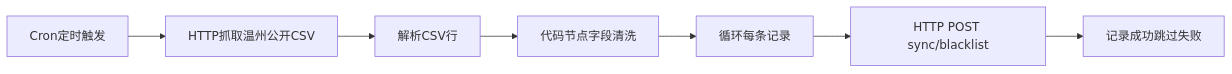
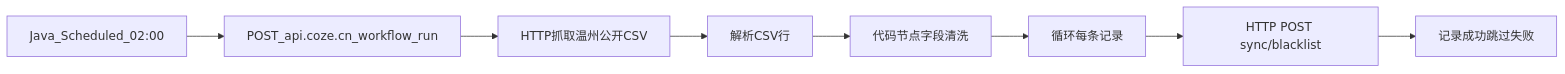
Before and after one commit to LearntobeMyself/RiskLendPro: the diagram in 参考文件/csv数据来源和数据库表设计.md, drawn with Mermaid. The commit also changed other lines of this file and 65 other files, not shown here.

````diff
--- a/参考文件/csv数据来源和数据库表设计.md
+++ b/参考文件/csv数据来源和数据库表设计.md
@@ -270,9 +270,10 @@
 ```mermaid
 flowchart LR
-    cron[Cron定时触发] --> fetch[HTTP抓取温州公开CSV]
+    javaCron[Java_Scheduled_02:00] --> cozeApi[POST_api.coze.cn_workflow_run]
+    cozeApi --> fetch[HTTP抓取温州公开CSV]
     fetch --> parse[解析CSV行]
     parse --> clean[代码节点字段清洗]
     clean --> loop[循环每条记录]
     loop --> post[HTTP POST sync/blacklist]
     post --> log[记录成功跳过失败]
 ```
````
